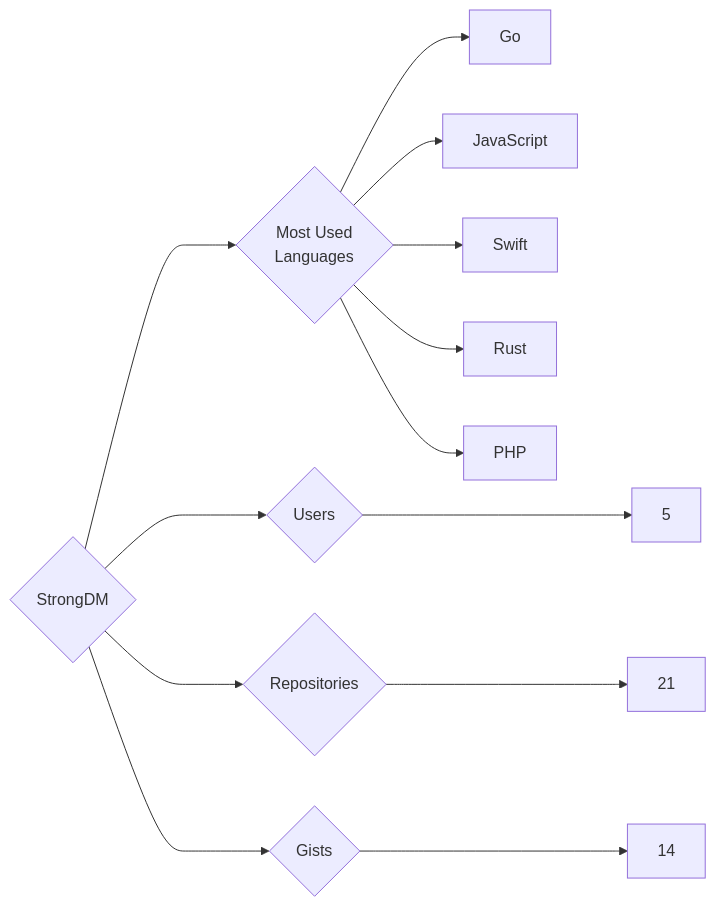
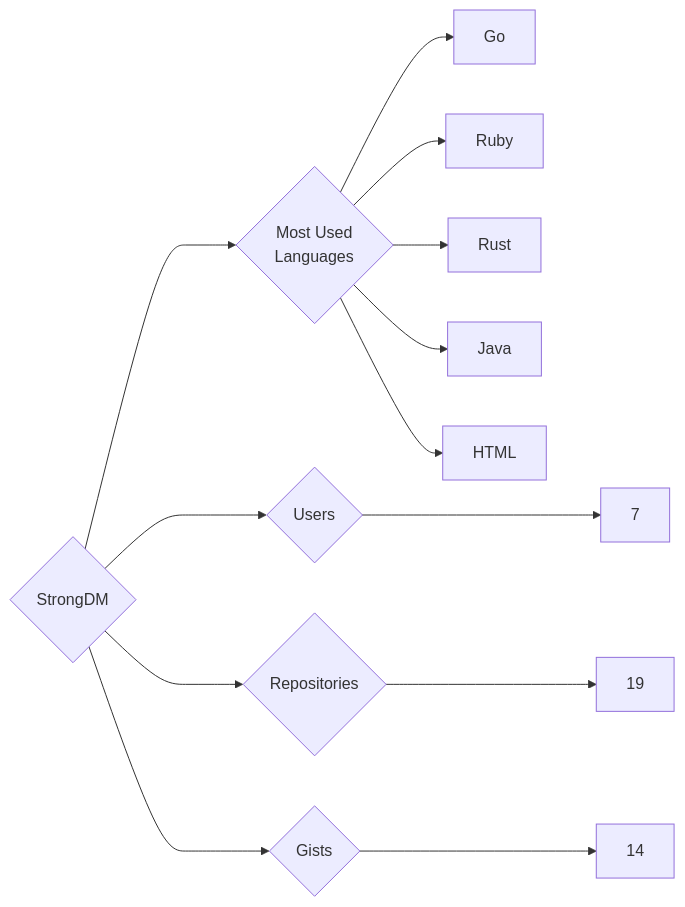
Before and after one commit to trickest/insiders: the diagram in targets/StrongDM/README.md, drawn with Mermaid. The commit also changed 870 other files, not shown here.

````diff
--- a/targets/StrongDM/README.md
+++ b/targets/StrongDM/README.md
@@ -3,13 +3,13 @@
 ```mermaid
 graph LR
 COMPANY_NAME{StrongDM}
-COMPANY_NAME ---> U{Users} ---> UN[5]
-COMPANY_NAME ---> R{Repositories} ---> RN[21]
+COMPANY_NAME ---> U{Users} ---> UN[7]
+COMPANY_NAME ---> R{Repositories} ---> RN[19]
 COMPANY_NAME ---> G{Gists} ---> GN[14]
 COMPANY_NAME ---> ML{Most Used<br>Languages}
 ML --> Go[Go]
-ML --> JavaScript[JavaScript]
-ML --> Swift[Swift]
+ML --> Ruby[Ruby]
 ML --> Rust[Rust]
-ML --> PHP[PHP]
+ML --> Java[Java]
+ML --> HTML[HTML]
 ```
````
